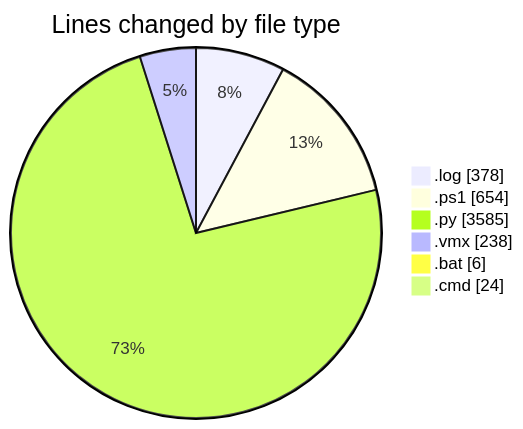
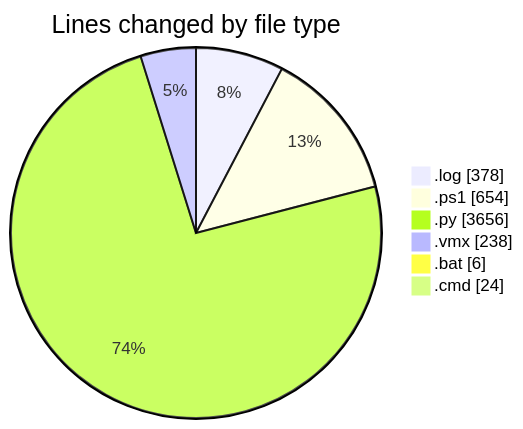
Before and after one commit to shibass792/code-tracking: the first of 2 diagrams in 2026-07-08/twenty_versions_aminor/README.md, drawn with Mermaid. The commit also changed other lines of this file and 1 other file, not shown here.

````diff
--- a/2026-07-08/twenty_versions_aminor/README.md
+++ b/2026-07-08/twenty_versions_aminor/README.md
@@ -38,10 +39,10 @@
 ```mermaid
 pie showData
 title Lines changed by file type
 ".log" : 378
 ".ps1" : 654
-".py" : 3585
+".py" : 3656
 ".vmx" : 238
 ".bat" : 6
 ".cmd" : 24
 ```
````
